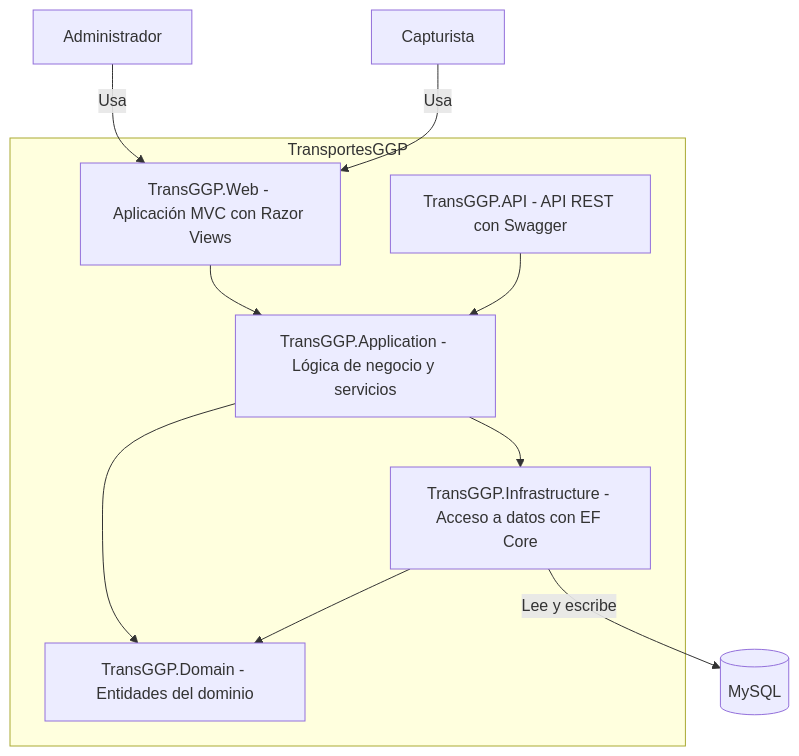
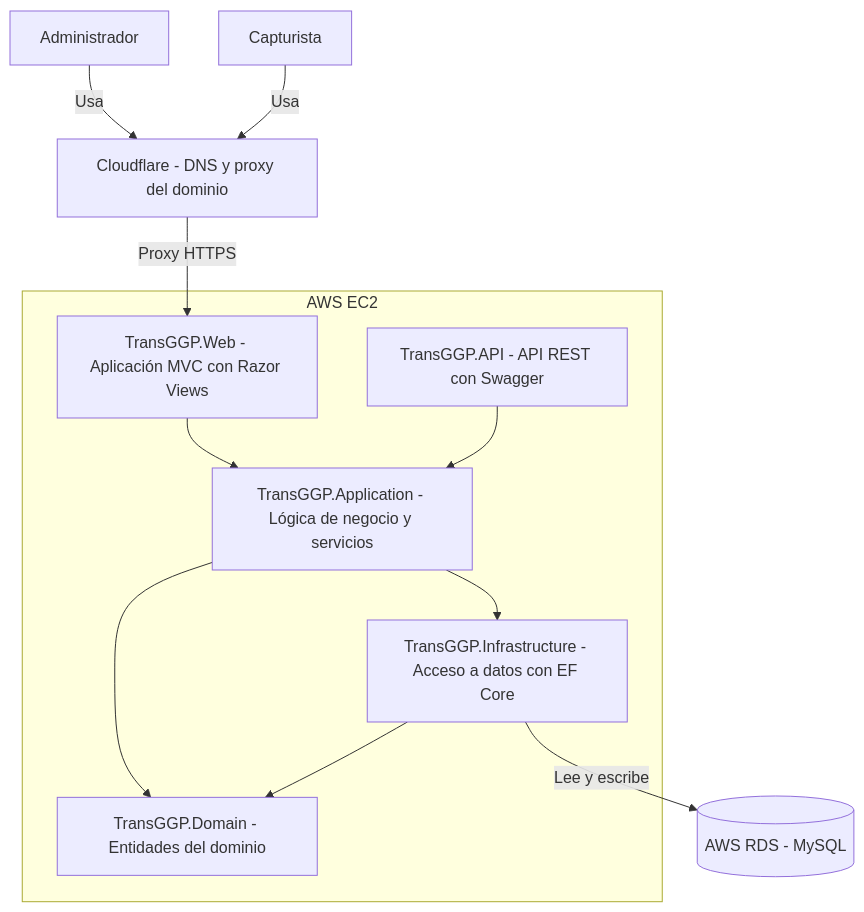
The second of 2 diagrams in docs/Diagramas.md (bylev/Proyecto-ArquitecturaSW), drawn with Mermaid before and after one commit.

Commit message:
docs: Añadir nivel 2 en diagramas

````diff
--- a/docs/Diagramas.md
+++ b/docs/Diagramas.md
@@ -24,24 +24,28 @@
 ```mermaid
 graph TB
     Admin[Administrador]
     Capturista[Capturista]
 
-    subgraph TransportesGGP["TransportesGGP"]
+    Cloudflare["Cloudflare - DNS y proxy del dominio"]
+
+    subgraph EC2["AWS EC2"]
         Web["TransGGP.Web - Aplicación MVC con Razor Views"]
         API["TransGGP.API - API REST con Swagger"]
         App["TransGGP.Application - Lógica de negocio y servicios"]
         Domain["TransGGP.Domain - Entidades del dominio"]
         Infra["TransGGP.Infrastructure - Acceso a datos con EF Core"]
     end
 
-    DB[(MySQL)]
+    RDS[("AWS RDS - MySQL")]
 
-    Admin -->|Usa| Web
-    Capturista -->|Usa| Web
+    Admin -->|Usa| Cloudflare
+    Capturista -->|Usa| Cloudflare
+    Cloudflare -->|Proxy HTTPS| Web
     Web --> App
     API --> App
     App --> Domain
     App --> Infra
     Infra --> Domain
-    Infra -->|Lee y escribe| DB
+    Infra -->|Lee y escribe| RDS
+
 ```
````
